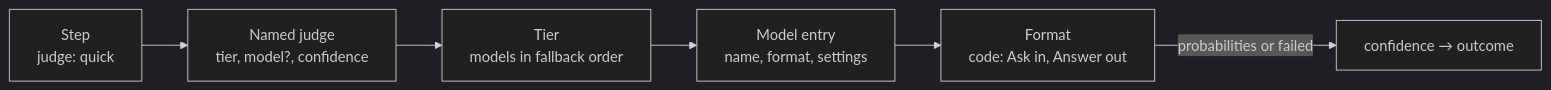
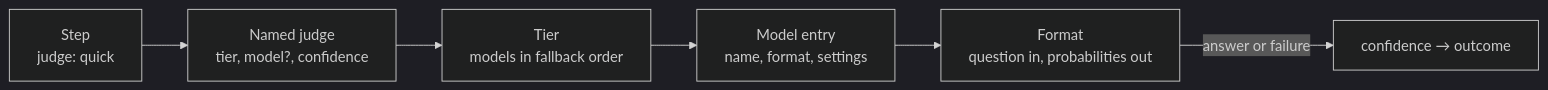
Before and after one commit to StevenJPx2/chauffeur: the eighth of 14 diagrams in docs/plans/pluggability.md, drawn with Mermaid (dark theme). The commit also changed other lines of this file and 1 other file, not shown here.

````diff
--- a/docs/plans/pluggability.md
+++ b/docs/plans/pluggability.md
@@ -326,8 +377,8 @@
 ```mermaid
 flowchart LR
     Step["Step<br/>judge: quick"] --> Judge["Named judge<br/>tier, model?, confidence"]
     Judge --> Tier["Tier<br/>models in fallback order"]
     Tier --> Model["Model entry<br/>name, format, settings"]
-    Model --> Format["Format<br/>code: Ask in, Answer out"]
-    Format -- "probabilities or failed" --> Confidence["confidence → outcome"]
+    Model --> Format["Format<br/>question in, probabilities out"]
+    Format -- "answer or failure" --> Confidence["confidence → outcome"]
 ```
````
